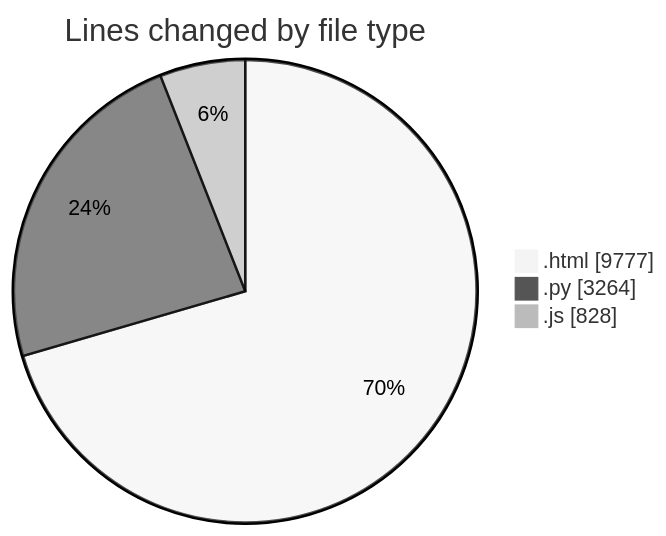
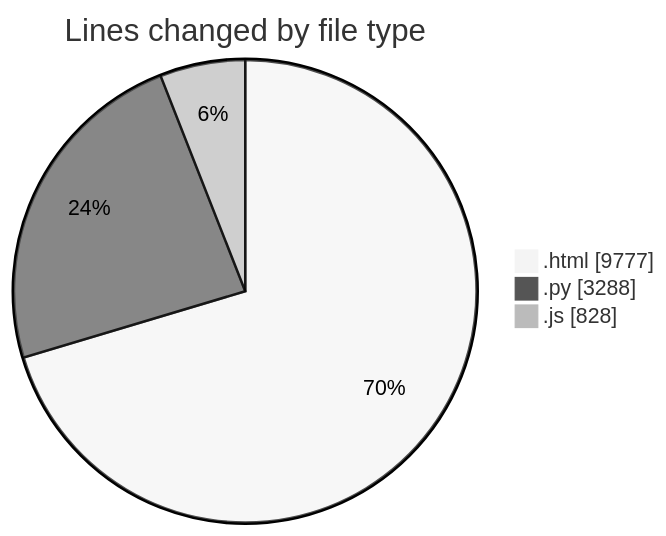
The first of 2 diagrams in 2026-07-12/untitled__workspace_/README.md (shibass792/code-tracking), drawn with Mermaid (neutral theme) before and after one commit. The commit also changed other lines of this file and 1 other file, not shown here.

````diff
--- a/2026-07-12/untitled__workspace_/README.md
+++ b/2026-07-12/untitled__workspace_/README.md
@@ -28,7 +28,7 @@
 ```mermaid
 pie showData
 title Lines changed by file type
 ".html" : 9777
-".py" : 3264
+".py" : 3288
 ".js" : 828
 ```
````
